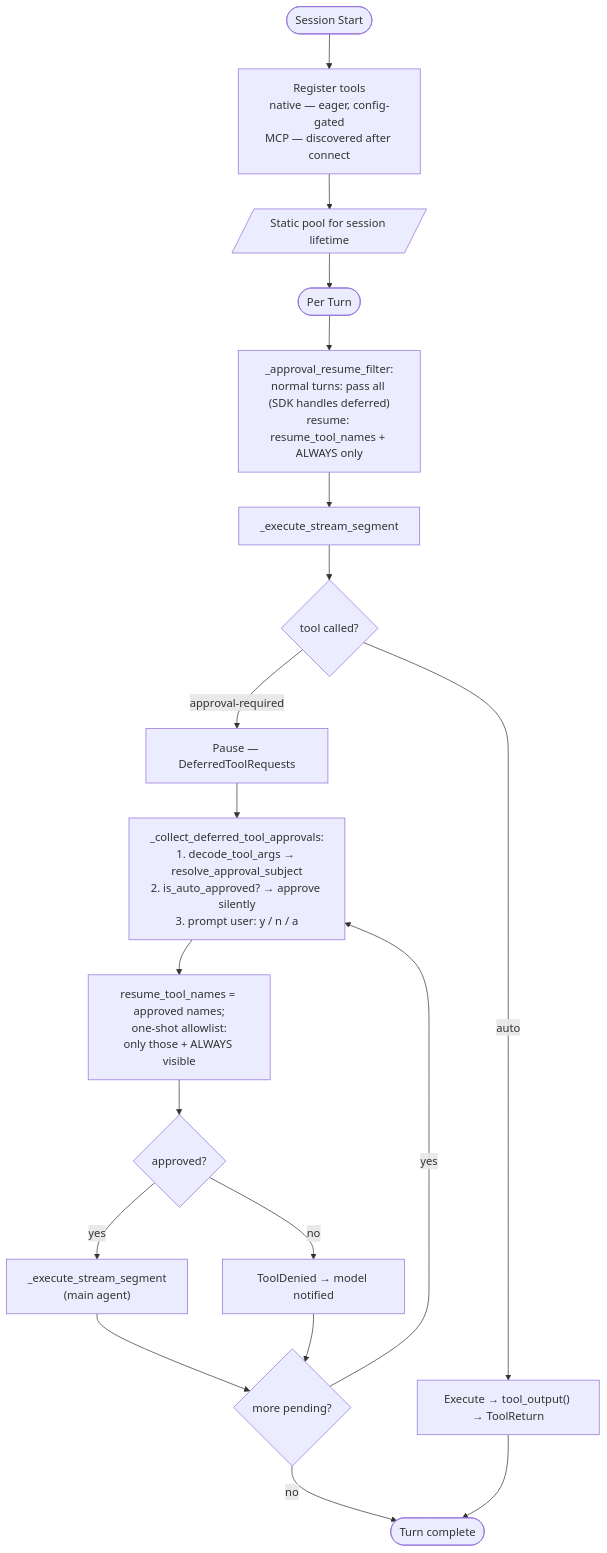
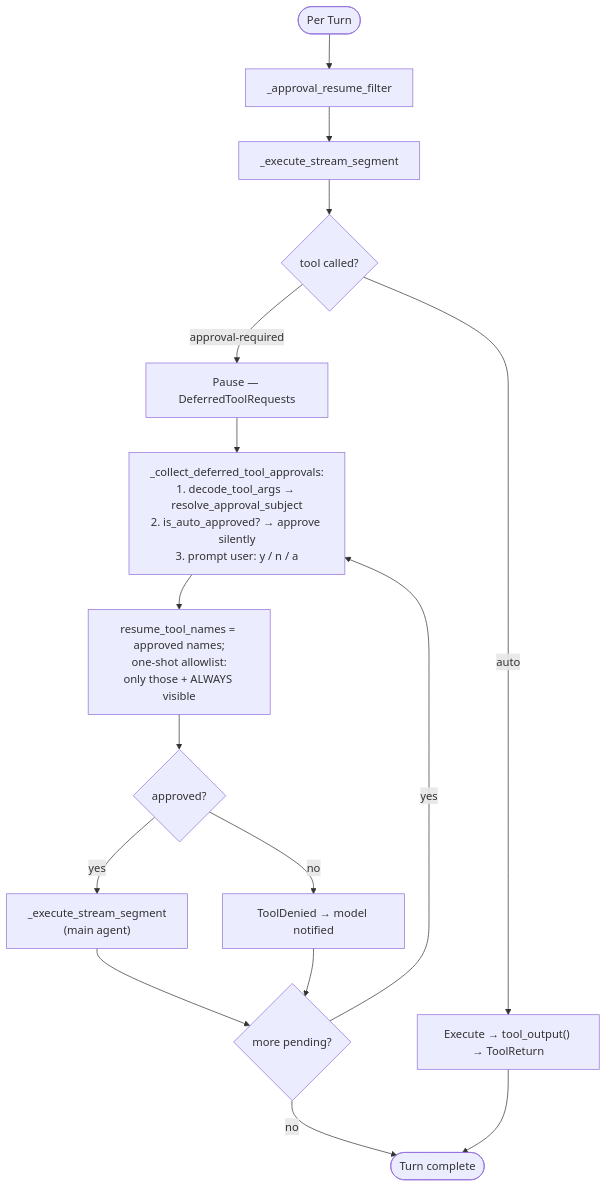
Before and after one commit to binlecode/co-cli: the diagram in docs/specs/tools.md, drawn with Mermaid. The commit also changed other lines of this file and 5 other files, not shown here.

````diff
--- a/docs/specs/tools.md
+++ b/docs/specs/tools.md
@@ -118,25 +64,27 @@
 ```mermaid
 flowchart TD
-    S([Session Start]) --> REG["Register tools\nnative — eager, config-gated\nMCP — discovered after connect"]
-    REG --> POOL[/"Static pool for session lifetime"/]
-
-    POOL --> TURN([Per Turn])
-    TURN --> FILTER["_approval_resume_filter:\nnormal turns: pass all (SDK handles deferred)\nresume: resume_tool_names + ALWAYS only"]
+    TURN([Per Turn]) --> FILTER["_approval_resume_filter"]
     FILTER --> SEG[_execute_stream_segment]
     SEG --> T{tool called?}
 
     T -->|auto| EX["Execute → tool_output() → ToolReturn"]
     T -->|approval-required| PAUSE["Pause — DeferredToolRequests"]
 
-    PAUSE --> COLLECT["_collect_deferred_tool_approvals:\n1. decode_tool_args → resolve_approval_subject\n2. is_auto_approved? → approve silently\n3. prompt user: y / n / a"]
-    COLLECT --> NARROW["resume_tool_names = approved names;\none-shot allowlist:\nonly those + ALWAYS visible"]
+    PAUSE --> COLLECT["_collect_deferred_tool_approvals:
+1. decode_tool_args → resolve_approval_subject
+2. is_auto_approved? → approve silently
+3. prompt user: y / n / a"]
+    COLLECT --> NARROW["resume_tool_names = approved names;
+one-shot allowlist:
+only those + ALWAYS visible"]
     NARROW --> AP{approved?}
-    AP -->|yes| RESUME["_execute_stream_segment\n(main agent)"]
+    AP -->|yes| RESUME["_execute_stream_segment
+(main agent)"]
     AP -->|no| DENY["ToolDenied → model notified"]
     RESUME --> MORE{more pending?}
     DENY --> MORE
     MORE -->|yes| COLLECT
     MORE -->|no| DONE
 
     EX --> DONE([Turn complete])
 ```
````
